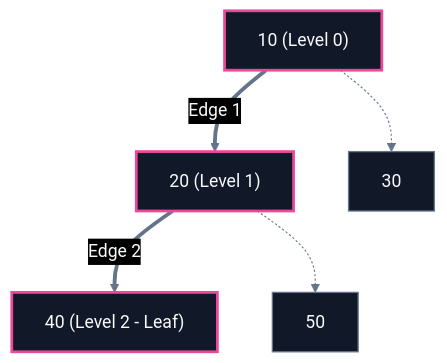
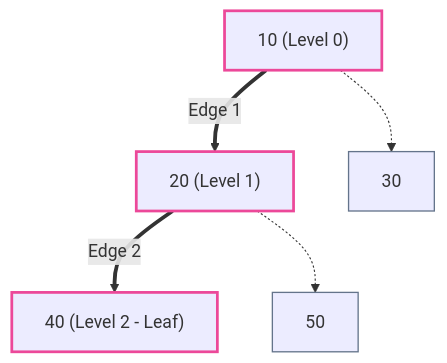
Before and after one commit to abhinavbharti2345/CS_Notes: the sixth of 8 diagrams in CS/DSA/07. Trees & BSTs/01. Binary Tree Fundamentals.md, drawn with Mermaid. The commit also changed other lines of this file and 91 other files, not shown here.

````diff
--- a/CS/DSA/07. Trees & BSTs/01. Binary Tree Fundamentals.md
+++ b/CS/DSA/07. Trees & BSTs/01. Binary Tree Fundamentals.md
@@ -279,19 +273,18 @@
 ```mermaid
-%%{init: {'theme': 'base', 'themeVariables': { 'darkMode': true, 'background': '#0B0F14', 'mainBkg': '#111827', 'primaryColor': '#111827', 'primaryTextColor': '#F8FAFC', 'primaryBorderColor': '#38BDF8', 'lineColor': '#64748B', 'secondaryColor': '#0B0F14', 'tertiaryColor': '#0B0F14', 'clusterBkg': '#0B0F14', 'clusterBorder': '#38BDF8' }}}%%
 flowchart TD
     N10["10 (Level 0)"]
     N20["20 (Level 1)"]
     N30["30"]
     N40["40 (Level 2 - Leaf)"]
     N50["50"]
 
     N10 ==>|Edge 1| N20
     N10 -.-> N30
     N20 ==>|Edge 2| N40
     N20 -.-> N50
 
-    classDef path fill:#111827,stroke:#ec4899,stroke-width:2.5px,color:#F8FAFC;
-    classDef other fill:#111827,stroke:#64748b,stroke-width:1.2px,color:#F8FAFC;
+    classDef path stroke:#ec4899,stroke-width:2.5px;
+    classDef other stroke:#64748b,stroke-width:1.2px;
     class N10,N20,N40 path;
     class N30,N50 other;
 ```
````
